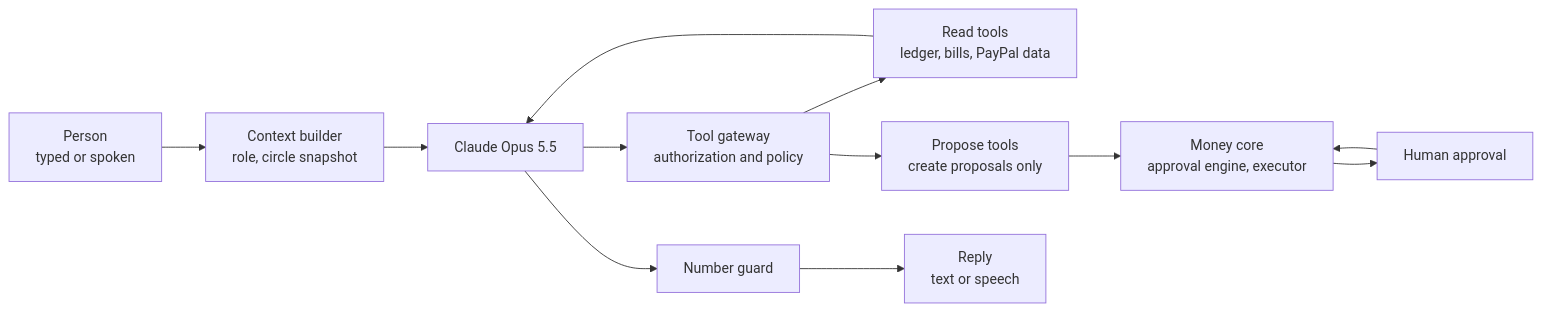
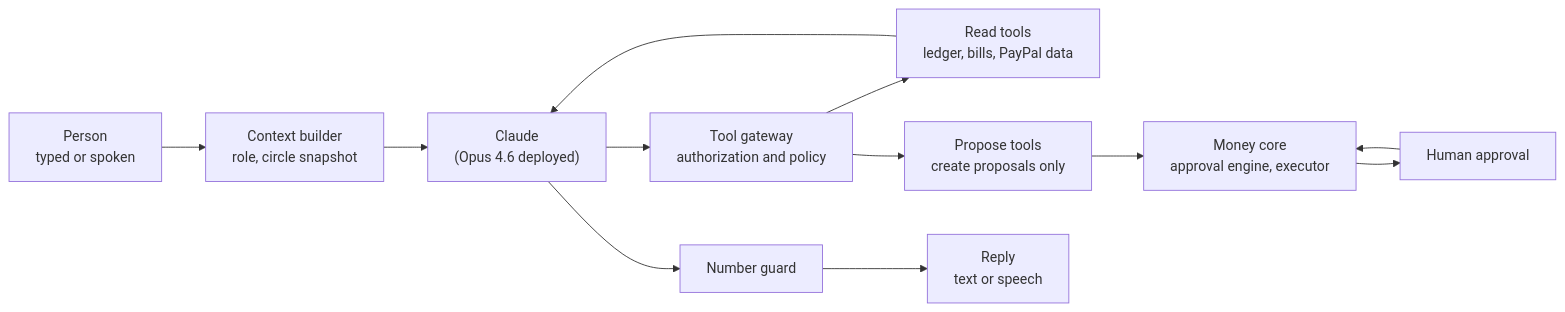
Before and after one commit to rogerjeasy/kin: diagram 11 of 20 in docs/architecture.md, drawn with Mermaid. The commit also changed other lines of this file and 6 other files, not shown here.

````diff
--- a/docs/architecture.md
+++ b/docs/architecture.md
@@ -702,27 +726,27 @@
 ```mermaid
 flowchart LR
     user["Person<br/>typed or spoken"]
     ctx["Context builder<br/>role, circle snapshot"]
-    llm["Claude Opus 5.5"]
+    llm["Claude<br/>(Opus 4.6 deployed)"]
     gw["Tool gateway<br/>authorization and policy"]
 
     read["Read tools<br/>ledger, bills, PayPal data"]
     prop["Propose tools<br/>create proposals only"]
 
     core["Money core<br/>approval engine, executor"]
     human["Human approval"]
     guard["Number guard"]
     out["Reply<br/>text or speech"]
 
     user --> ctx
     ctx --> llm
     llm --> gw
     gw --> read
     gw --> prop
     read --> llm
     prop --> core
     core --> human
     human --> core
     llm --> guard
     guard --> out
 ```
````
